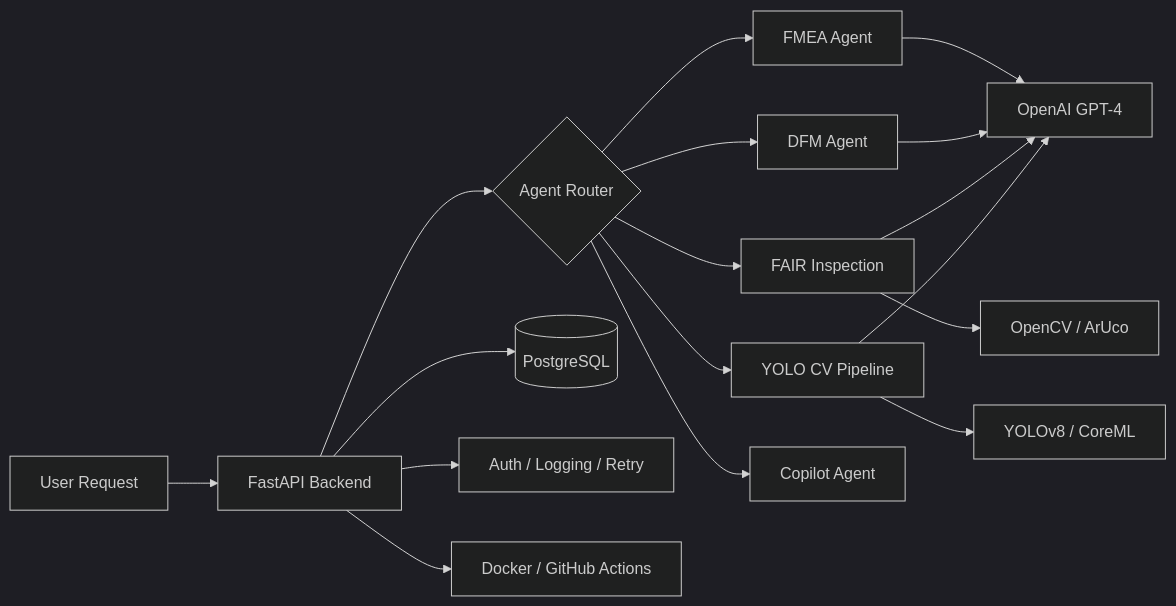
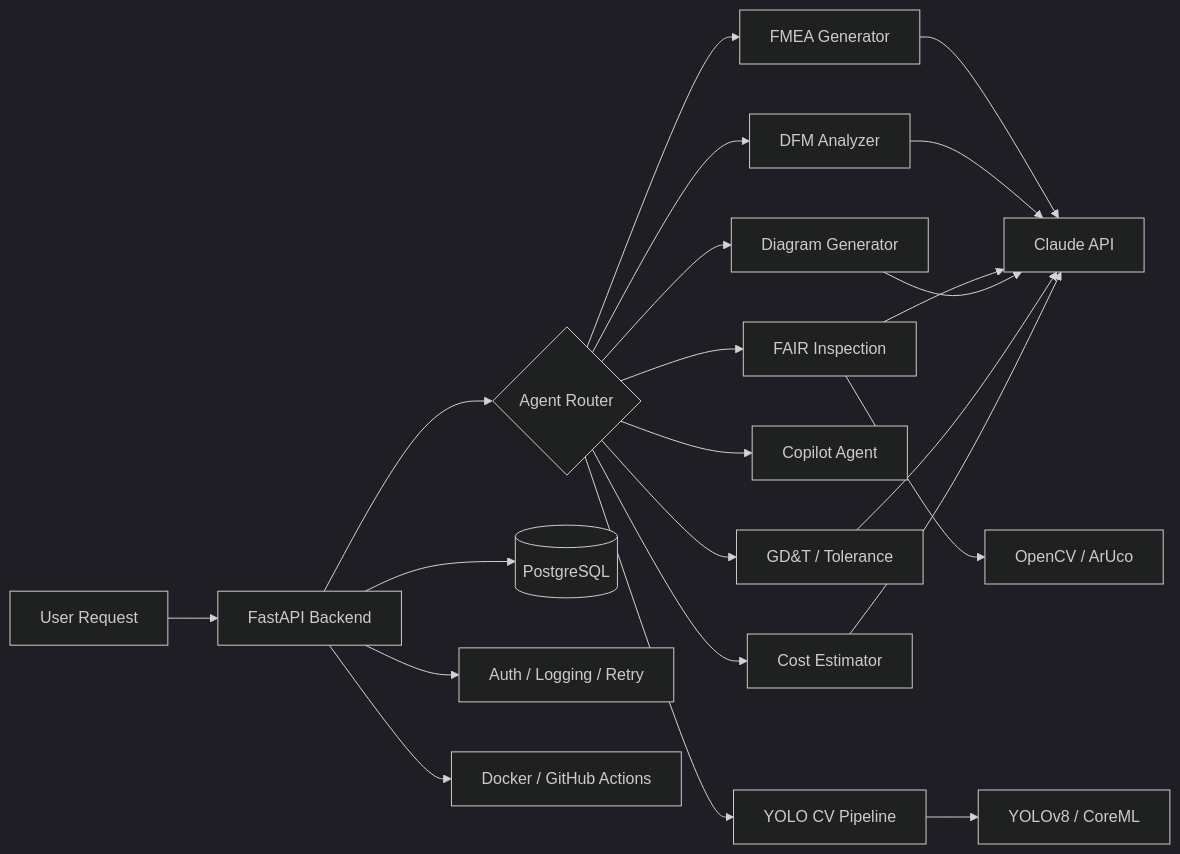
The first of 8 diagrams in README.md (dawarazhar11/dawarazhar11), drawn with Mermaid (dark theme) before and after one commit. The commit also changed other lines of this file, not shown here.

Commit message:
Update OhmFrame to reflect Claude API usage and full platform scope

````diff
--- a/README.md
+++ b/README.md
@@ -140,19 +140,24 @@
 ```mermaid
 graph LR
     A["User Request"] --> B["FastAPI Backend"]
     B --> C{"Agent Router"}
-    C --> D["FMEA Agent"]
-    C --> E["DFM Agent"]
+    C --> D["FMEA Generator"]
+    C --> E["DFM Analyzer"]
     C --> F["FAIR Inspection"]
     C --> G["YOLO CV Pipeline"]
     C --> H["Copilot Agent"]
-    D --> I["OpenAI GPT-4"]
+    D --> I["Claude API"]
     E --> I
     F --> I
-    G --> I
+    C --> P["Diagram Generator"]
+    C --> Q["GD&T / Tolerance"]
+    C --> R["Cost Estimator"]
+    P --> I
+    Q --> I
+    R --> I
     F --> J["OpenCV / ArUco"]
     G --> K["YOLOv8 / CoreML"]
     B --> L[("PostgreSQL")]
     B --> M["Auth / Logging / Retry"]
     B --> N["Docker / GitHub Actions"]
 ```
````
